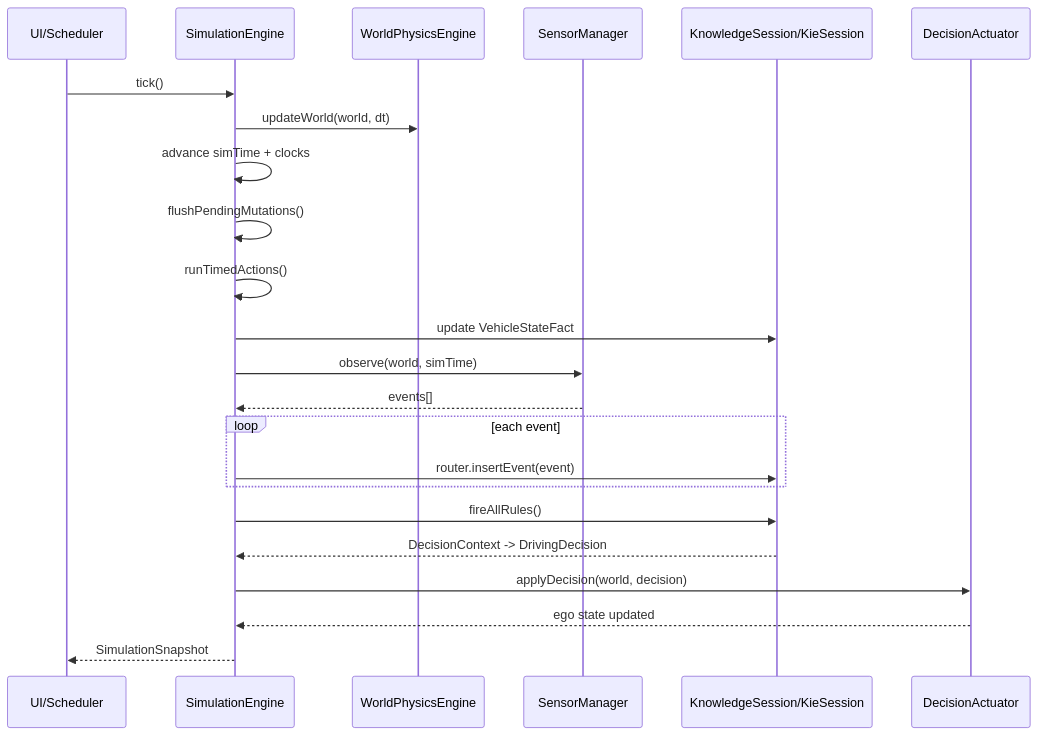
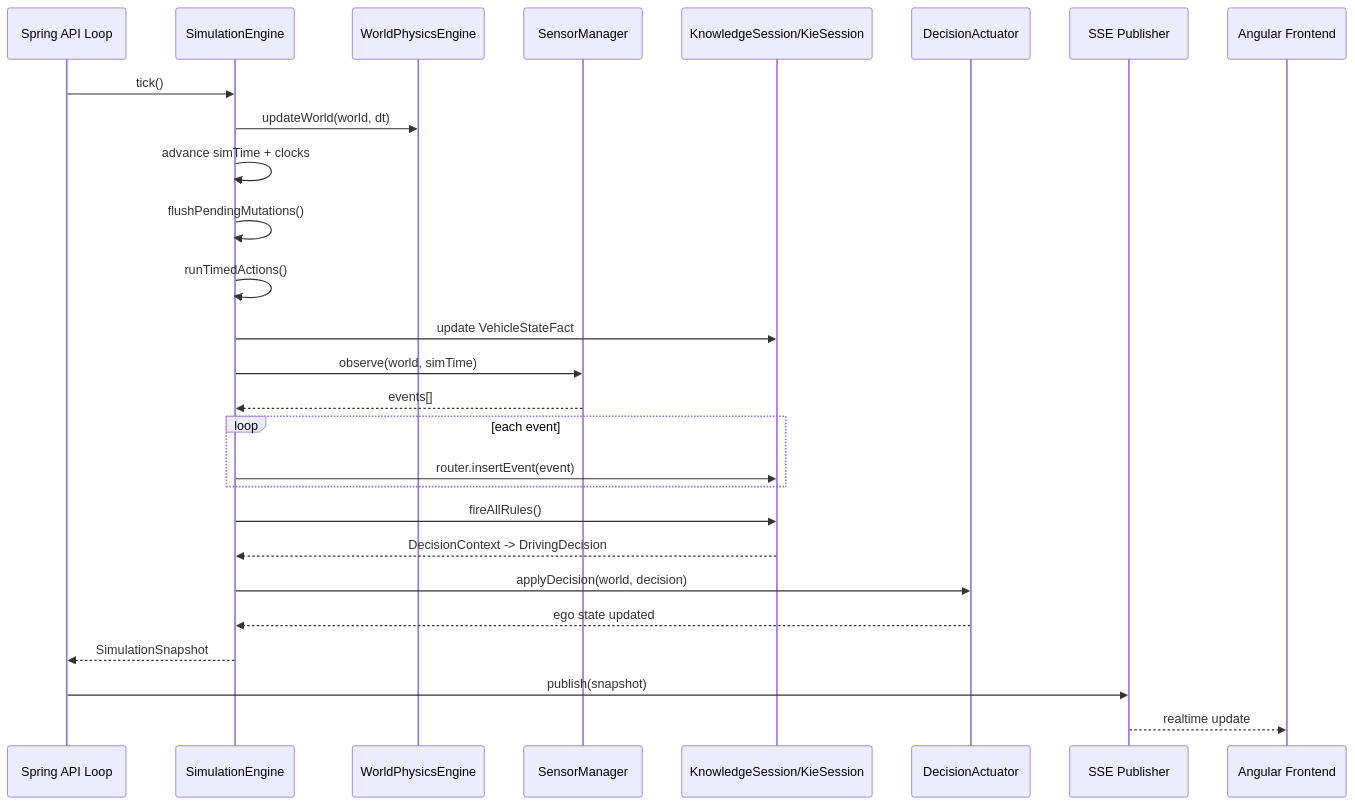
Before and after one commit to 1-2Drive/projeto-1: the diagram in diagrams/03-simulation-tick-sequence.md, drawn with Mermaid. The commit also changed 118 other files, not shown here.

Commit message:
feat: add Angular realtime simulation interface

````diff
--- a/diagrams/03-simulation-tick-sequence.md
+++ b/diagrams/03-simulation-tick-sequence.md
@@ -1,26 +1,30 @@
 ```mermaid
 sequenceDiagram
-    participant UI as UI/Scheduler
+    participant API as Spring API Loop
     participant ENG as SimulationEngine
     participant PHY as WorldPhysicsEngine
     participant SNS as SensorManager
     participant KIE as KnowledgeSession/KieSession
     participant ACT as DecisionActuator
+    participant SSE as SSE Publisher
+    participant ANG as Angular Frontend
 
-    UI->>ENG: tick()
+    API->>ENG: tick()
     ENG->>PHY: updateWorld(world, dt)
     ENG->>ENG: advance simTime + clocks
     ENG->>ENG: flushPendingMutations()
     ENG->>ENG: runTimedActions()
     ENG->>KIE: update VehicleStateFact
     ENG->>SNS: observe(world, simTime)
     SNS-->>ENG: events[]
     loop each event
         ENG->>KIE: router.insertEvent(event)
     end
     ENG->>KIE: fireAllRules()
     KIE-->>ENG: DecisionContext -> DrivingDecision
     ENG->>ACT: applyDecision(world, decision)
     ACT-->>ENG: ego state updated
-    ENG-->>UI: SimulationSnapshot
+    ENG-->>API: SimulationSnapshot
+    API->>SSE: publish(snapshot)
+    SSE-->>ANG: realtime update
 ```
````
